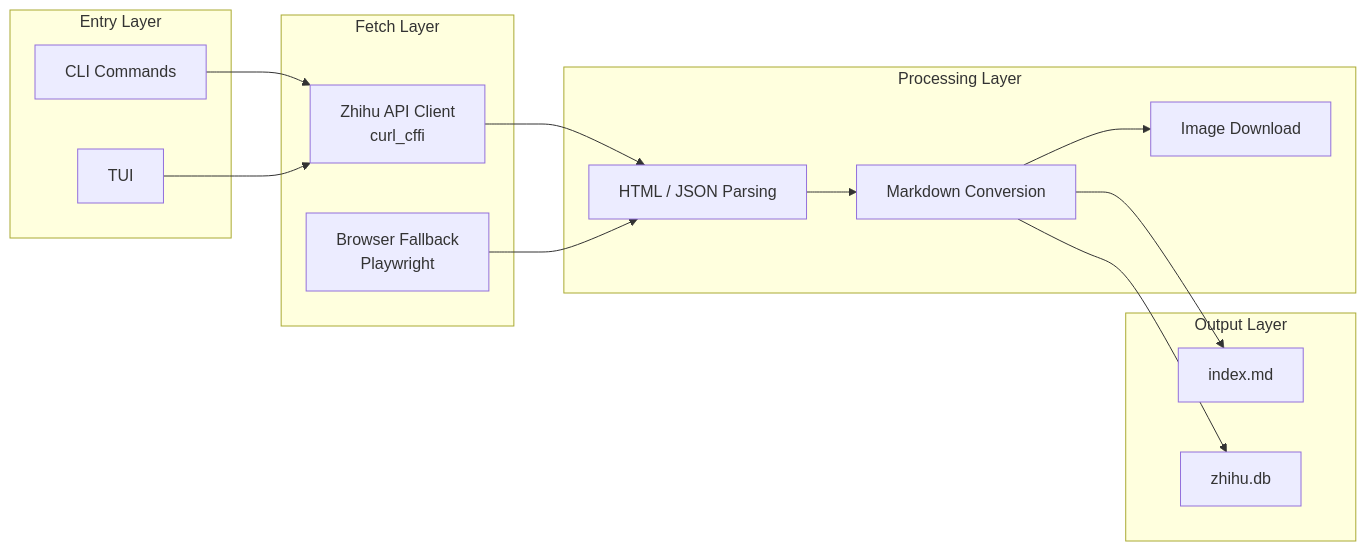
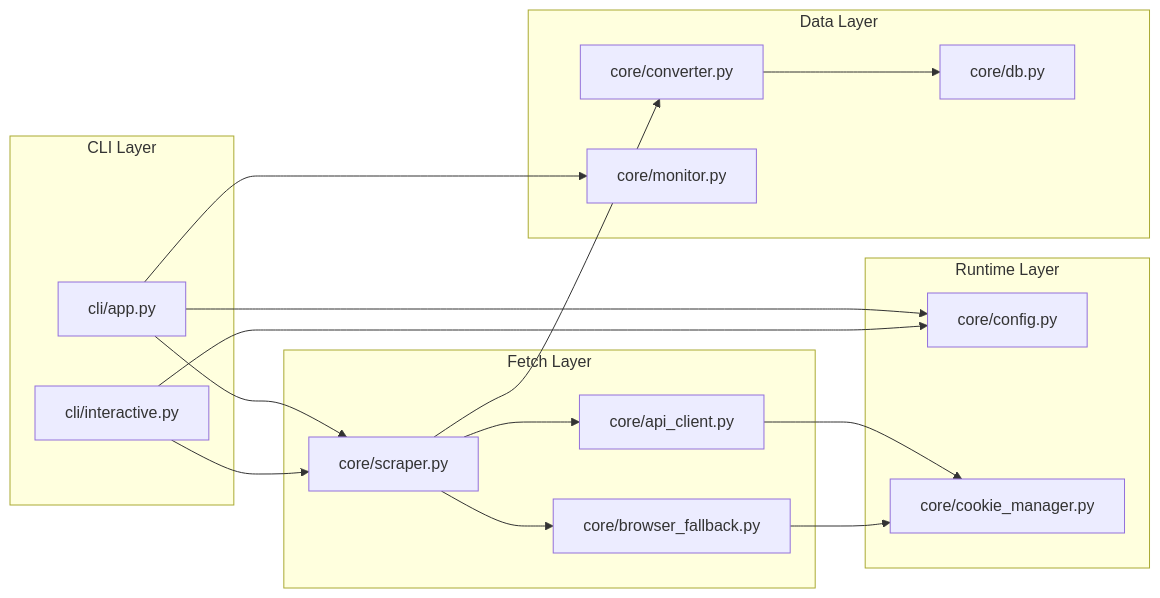
One commit to Smartloe/zhihu-scraper changed the diagram in README_EN.md. Above: the diagram before and after it, drawn with Mermaid. The commit also changed other lines of this file, not shown here.

````diff
--- a/README_EN.md
+++ b/README_EN.md
@@ -156,32 +292,36 @@
 ```mermaid
 flowchart LR
-    subgraph I["Entry Layer"]
-        A["CLI Commands"]
-        B["TUI"]
+    subgraph A["CLI Layer"]
+        A1["cli/app.py"]
+        A2["cli/interactive.py"]
     end
 
-    subgraph S["Fetch Layer"]
-        C["Zhihu API Client<br/>curl_cffi"]
-        D["Browser Fallback<br/>Playwright"]
+    subgraph B["Fetch Layer"]
+        B1["core/scraper.py"]
+        B2["core/api_client.py"]
+        B3["core/browser_fallback.py"]
     end
 
-    subgraph P["Processing Layer"]
-        E["HTML / JSON Parsing"]
-        F["Markdown Conversion"]
-        G["Image Download"]
+    subgraph C["Data Layer"]
+        C1["core/converter.py"]
+        C2["core/db.py"]
+        C3["core/monitor.py"]
     end
 
-    subgraph O["Output Layer"]
-        H["index.md"]
-        J["zhihu.db"]
+    subgraph D["Runtime Layer"]
+        D1["core/config.py"]
+        D2["core/cookie_manager.py"]
     end
 
-    A --> C
-    B --> C
-    C --> E
-    D --> E
-    E --> F
-    F --> G
-    F --> H
-    F --> J
+    A1 --> B1
+    A2 --> B1
+    B1 --> B2
+    B1 --> B3
+    B1 --> C1
+    C1 --> C2
+    A1 --> C3
+    B2 --> D2
+    B3 --> D2
+    A1 --> D1
+    A2 --> D1
 ```
````
